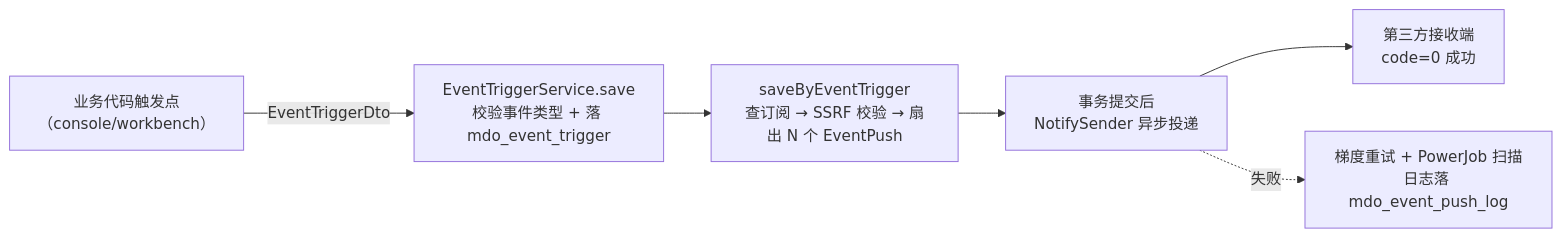
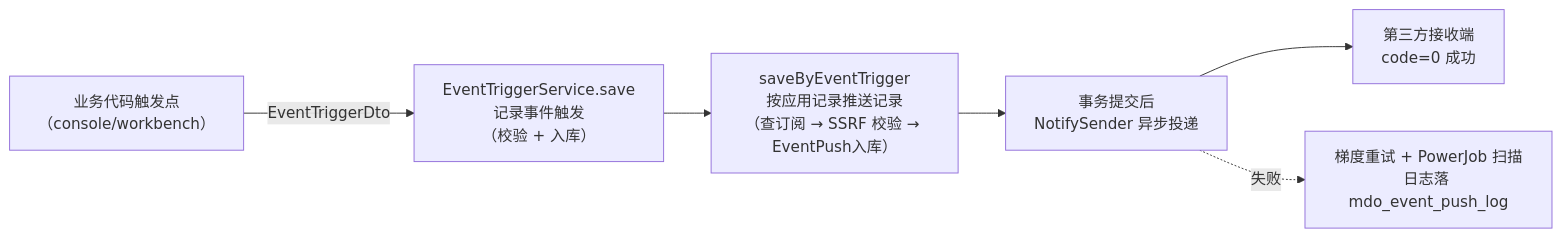
One commit to henhen6/mdp-docs changed the diagram in src/doc/advanced/open/事件回调.md. Above: the diagram before and after it, drawn with Mermaid. The commit also changed other lines of this file and 2 other files, not shown here.

````diff
--- a/src/doc/advanced/open/事件回调.md
+++ b/src/doc/advanced/open/事件回调.md
@@ -18,8 +18,8 @@
 ```mermaid
 flowchart LR
-    A["业务代码触发点<br/>（console/workbench）"] -->|"EventTriggerDto"| B["EventTriggerService.save<br/>校验事件类型 + 落 mdo_event_trigger"]
-    B --> C["saveByEventTrigger<br/>查订阅 → SSRF 校验 → 扇出 N 个 EventPush"]
+    A["业务代码触发点<br/>（console/workbench）"] -->|"EventTriggerDto"| B["EventTriggerService.save<br/>记录事件触发<br/>（校验 + 入库）"]
+    B --> C["saveByEventTrigger<br/>按应用记录推送记录<br/>（查订阅 → SSRF 校验 → EventPush入库）"]
     C --> D["事务提交后<br/>NotifySender 异步投递"]
     D --> E["第三方接收端<br/>code=0 成功"]
     D -. "失败" .-> F["梯度重试 + PowerJob 扫描<br/>日志落 mdo_event_push_log"]
 ```
````
